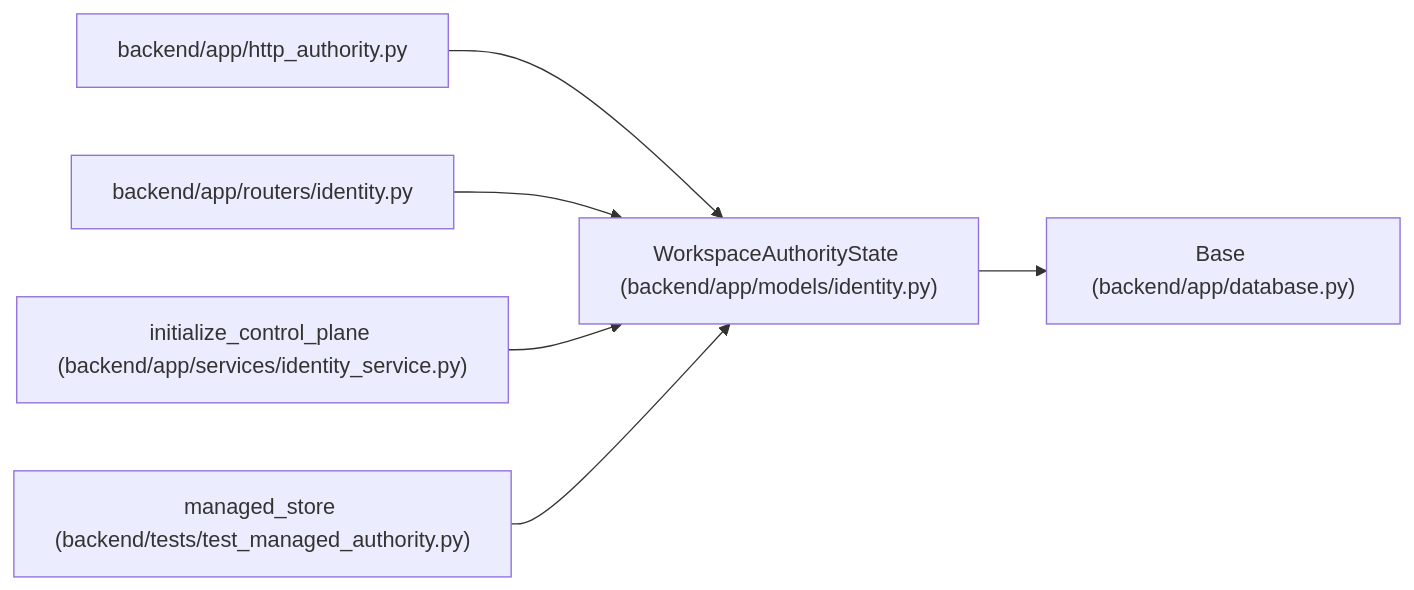
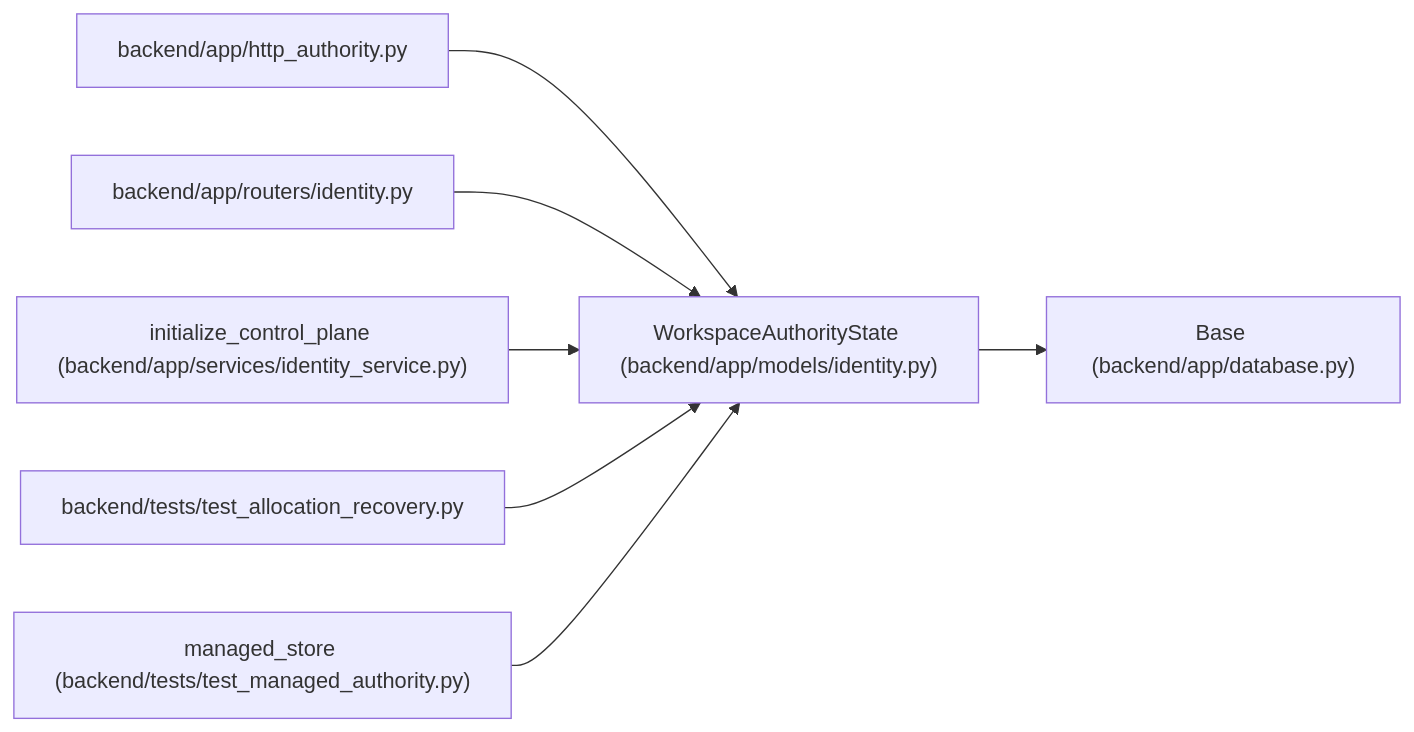
One commit to Denissvgn/WorkChord changed the diagram in docs/llm_wiki/entities/WorkspaceAuthorityState.md. Above: the diagram before and after it, drawn with Mermaid. The commit also changed other lines of this file and 10148 other files, not shown here.

````diff
--- a/docs/llm_wiki/entities/WorkspaceAuthorityState.md
+++ b/docs/llm_wiki/entities/WorkspaceAuthorityState.md
@@ -27,20 +27,23 @@
 ```mermaid
 flowchart LR
     n0["WorkspaceAuthorityState (backend/app/models/identity.py)"]
     n1["Base (backend/app/database.py)"]
     n2["backend/app/http_authority.py"]
     n3["backend/app/routers/identity.py"]
     n4["initialize_control_plane (backend/app/services/identity_service.py)"]
-    n5["managed_store (backend/tests/test_managed_authority.py)"]
+    n5["backend/tests/test_allocation_recovery.py"]
+    n6["managed_store (backend/tests/test_managed_authority.py)"]
     n0 --> n1
     n2 --> n0
     n3 --> n0
     n4 --> n0
     n5 --> n0
+    n6 --> n0
     click n0 "../modules/models_identity.md"
     click n1 "../modules/app_database.md"
     click n2 "../modules/http_authority.md"
     click n3 "../modules/routers_identity.md"
     click n4 "../modules/identity_service.md"
-    click n5 "../modules/test_managed_authority.md"
+    click n5 "../modules/test_allocation_recovery.md"
+    click n6 "../modules/test_managed_authority.md"
 ```
````
